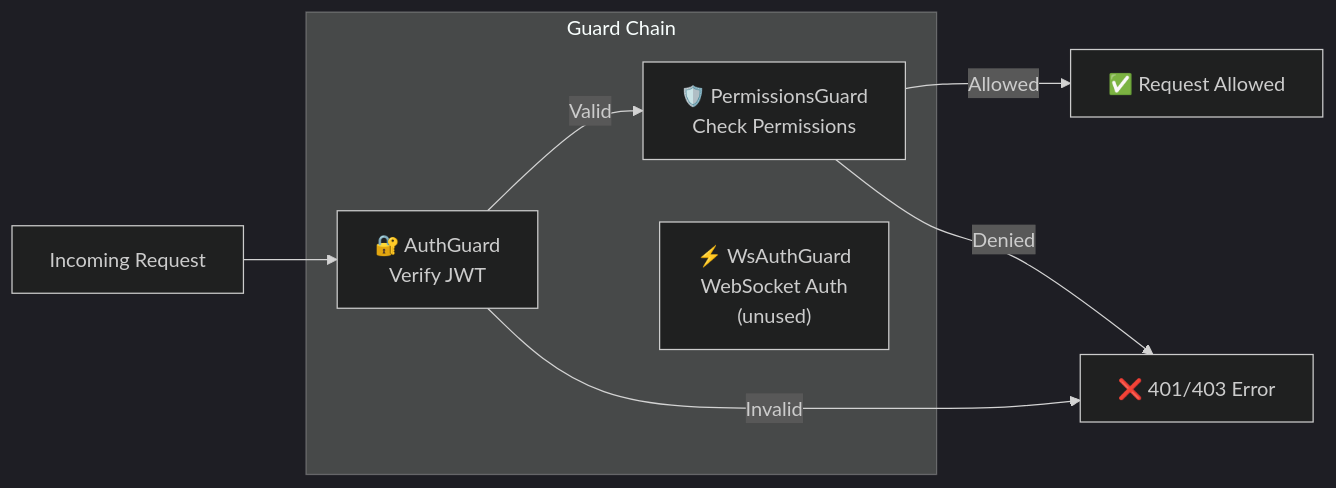
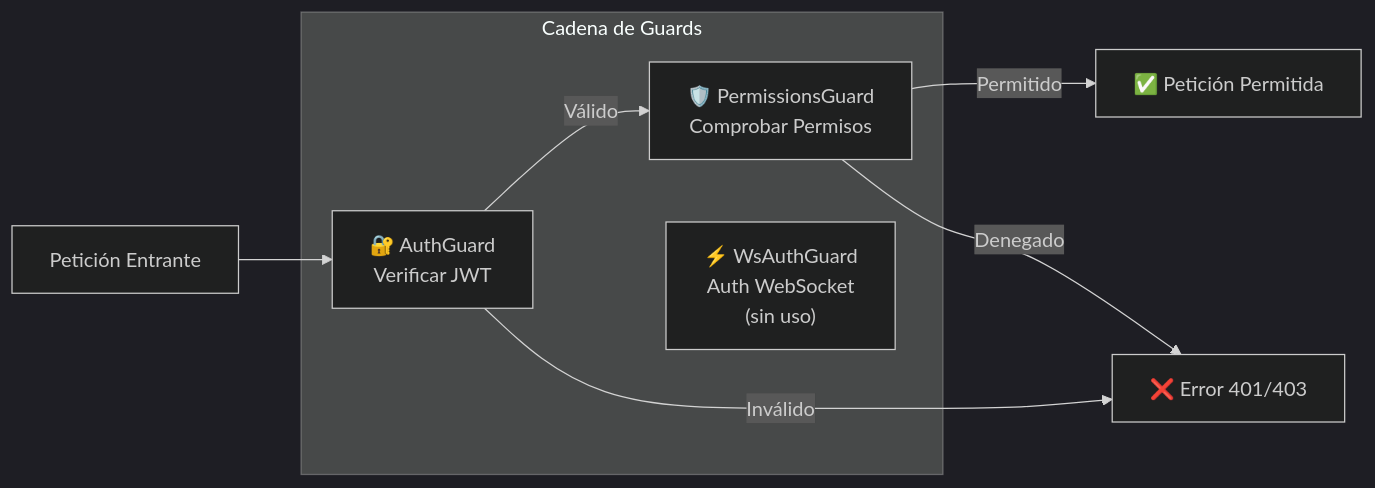
The seventh of 14 diagrams in docs-post-message/docs/backend/architecture/overview.md (Byroncl/laboratory-reviews), drawn with Mermaid (dark theme) before and after one commit. The commit also changed other lines of this file and 17 other files, not shown here.

Commit message:
refactor: implement clean architecture patterns with domains, repositories, use cases, constants, and comprehensive tests

````diff
--- a/docs-post-message/docs/backend/architecture/overview.md
+++ b/docs-post-message/docs/backend/architecture/overview.md
@@ -210,19 +210,19 @@
 ```mermaid
 graph LR
-    Request["Incoming Request"]
+    Request["Petición Entrante"]
     
-    subgraph "Guard Chain"
-        AuthGuard["🔐 AuthGuard<br/>Verify JWT"]
-        PermGuard["🛡️ PermissionsGuard<br/>Check Permissions"]
-        WsAuthGuard["⚡ WsAuthGuard<br/>WebSocket Auth<br/>(unused)"]
+    subgraph "Cadena de Guards"
+        AuthGuard["🔐 AuthGuard<br/>Verificar JWT"]
+        PermGuard["🛡️ PermissionsGuard<br/>Comprobar Permisos"]
+        WsAuthGuard["⚡ WsAuthGuard<br/>Auth WebSocket<br/>(sin uso)"]
     end
     
-    Proceed["✅ Request Allowed"]
-    Reject["❌ 401/403 Error"]
+    Proceed["✅ Petición Permitida"]
+    Reject["❌ Error 401/403"]
     
     Request --> AuthGuard
-    AuthGuard -->|Valid| PermGuard
-    AuthGuard -->|Invalid| Reject
-    PermGuard -->|Allowed| Proceed
-    PermGuard -->|Denied| Reject
+    AuthGuard -->|Válido| PermGuard
+    AuthGuard -->|Inválido| Reject
+    PermGuard -->|Permitido| Proceed
+    PermGuard -->|Denegado| Reject
 ```
````
